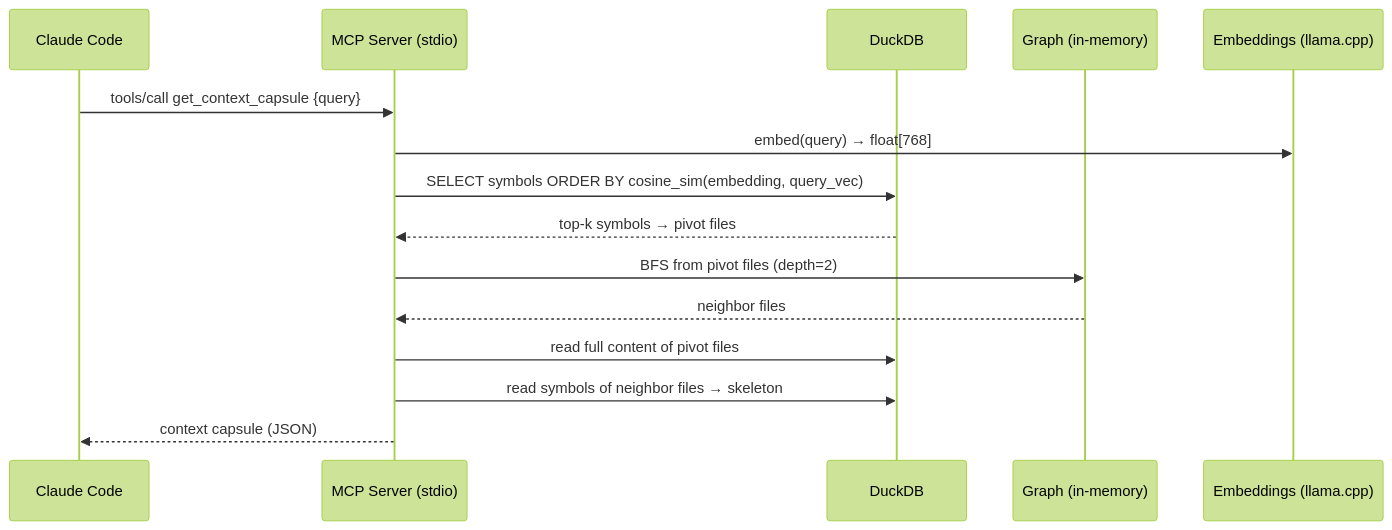
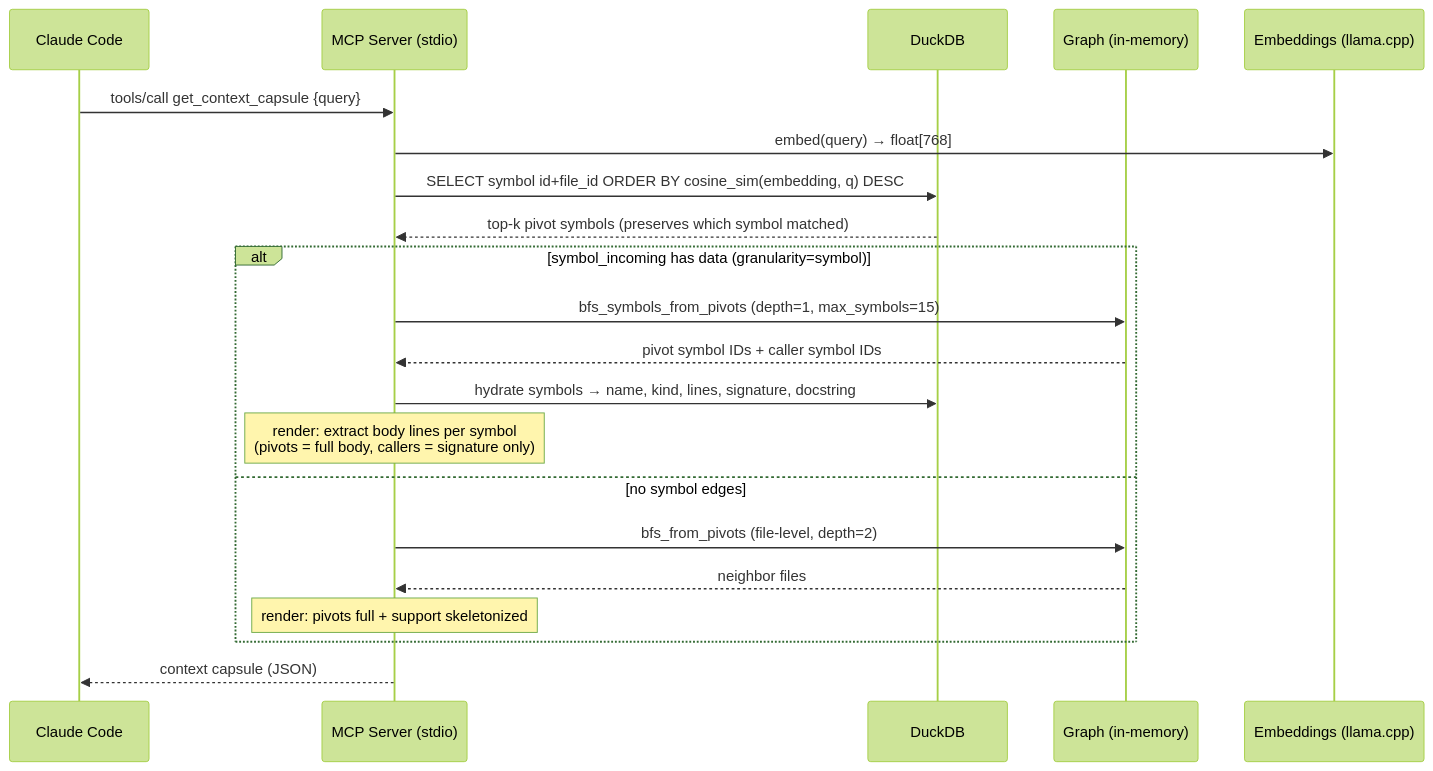
The second of 2 diagrams in docs/en/architecture.md (HideakiSolutions/axon), drawn with Mermaid (forest theme) before and after one commit. The commit also changed other lines of this file and 4 other files, not shown here.

First line of the commit message:
docs: reflect symbol-mode HTTP, call graph extraction, --force flag

````diff
--- a/docs/en/architecture.md
+++ b/docs/en/architecture.md
@@ -30,18 +56,24 @@
 ```mermaid
 sequenceDiagram
     participant C as Claude Code
     participant M as MCP Server (stdio)
     participant DB as DuckDB
     participant G as Graph (in-memory)
     participant E as Embeddings (llama.cpp)
 
     C->>M: tools/call get_context_capsule {query}
     M->>E: embed(query) → float[768]
-    M->>DB: SELECT symbols ORDER BY cosine_sim(embedding, query_vec)
-    DB-->>M: top-k symbols → pivot files
-    M->>G: BFS from pivot files (depth=2)
-    G-->>M: neighbor files
-    M->>DB: read full content of pivot files
-    M->>DB: read symbols of neighbor files → skeleton
+    M->>DB: SELECT symbol id+file_id ORDER BY cosine_sim(embedding, q) DESC
+    DB-->>M: top-k pivot symbols (preserves which symbol matched)
+    alt symbol_incoming has data (granularity=symbol)
+        M->>G: bfs_symbols_from_pivots (depth=1, max_symbols=15)
+        G-->>M: pivot symbol IDs + caller symbol IDs
+        M->>DB: hydrate symbols → name, kind, lines, signature, docstring
+        Note over M: render: extract body lines per symbol<br/>(pivots = full body, callers = signature only)
+    else no symbol edges
+        M->>G: bfs_from_pivots (file-level, depth=2)
+        G-->>M: neighbor files
+        Note over M: render: pivots full + support skeletonized
+    end
     M-->>C: context capsule (JSON)
 ```
````
